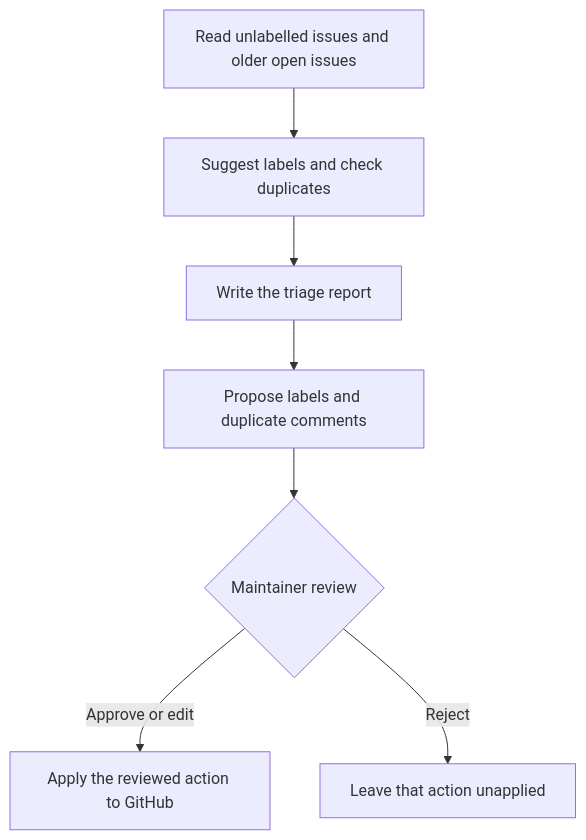
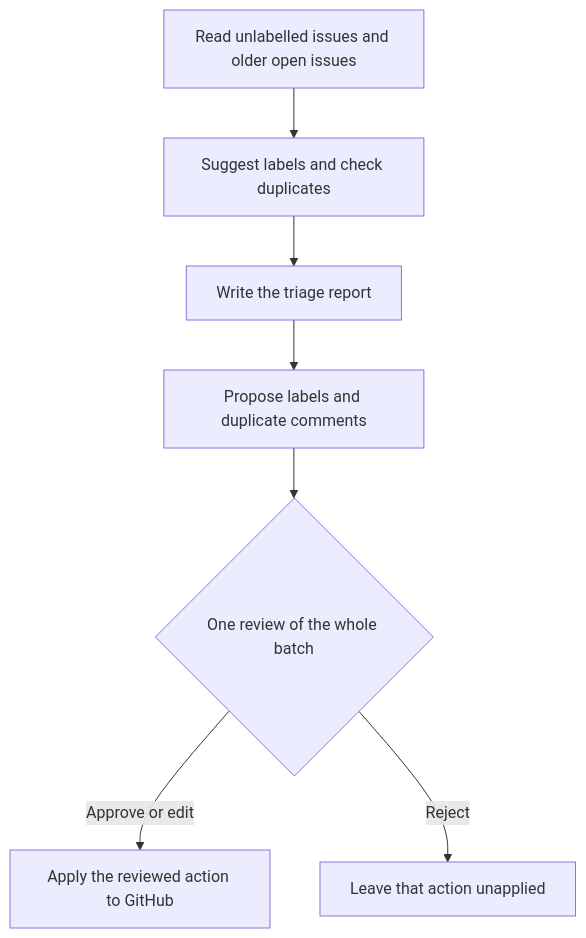
Before and after one commit to brkakyldz/github-issue-triage-agent: the diagram in README.md, drawn with Mermaid. The commit also changed other lines of this file and 13 other files, not shown here.

Commit message:
Review triage writes in one editable batch and refresh the demo

````diff
--- a/README.md
+++ b/README.md
@@ -31,9 +34,9 @@
 ```mermaid
 flowchart TD
     A["Read unlabelled issues and older open issues"] --> B["Suggest labels and check duplicates"]
     B --> C["Write the triage report"]
     C --> D["Propose labels and duplicate comments"]
-    D --> E{"Maintainer review"}
+    D --> E{"One review of the whole batch"}
     E -->|Approve or edit| F["Apply the reviewed action to GitHub"]
     E -->|Reject| G["Leave that action unapplied"]
 ```
````
